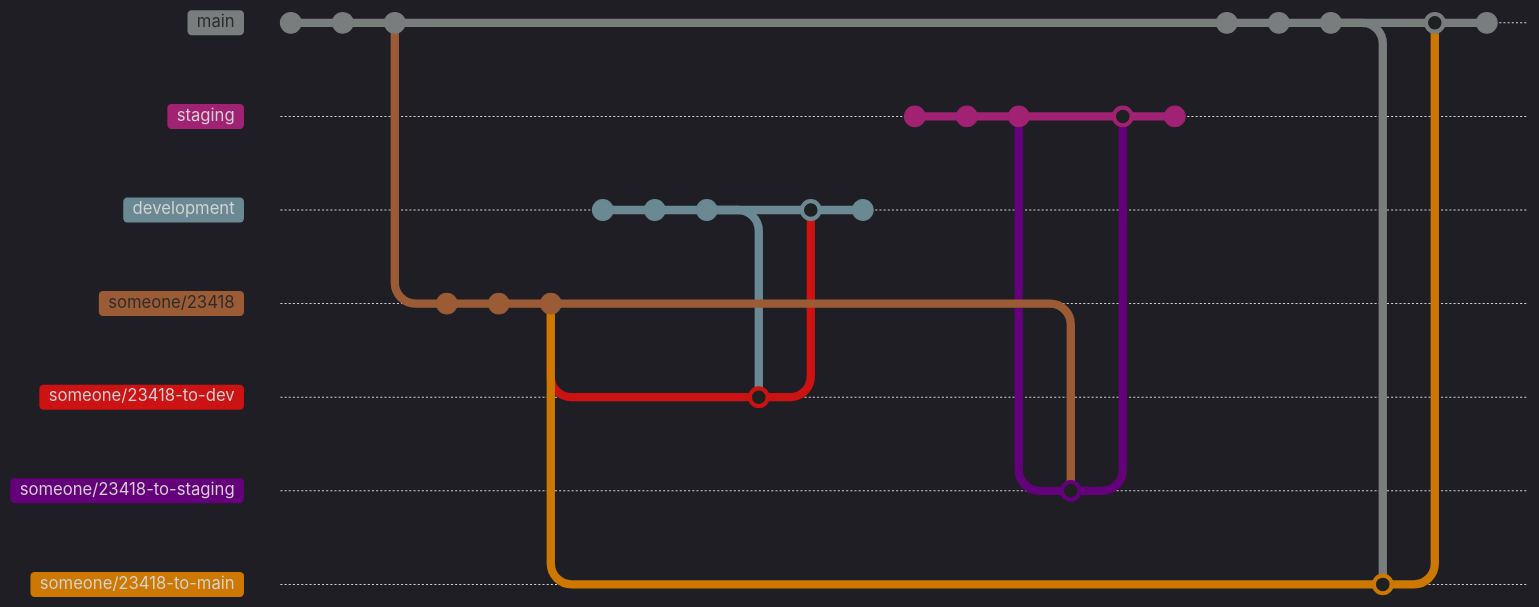
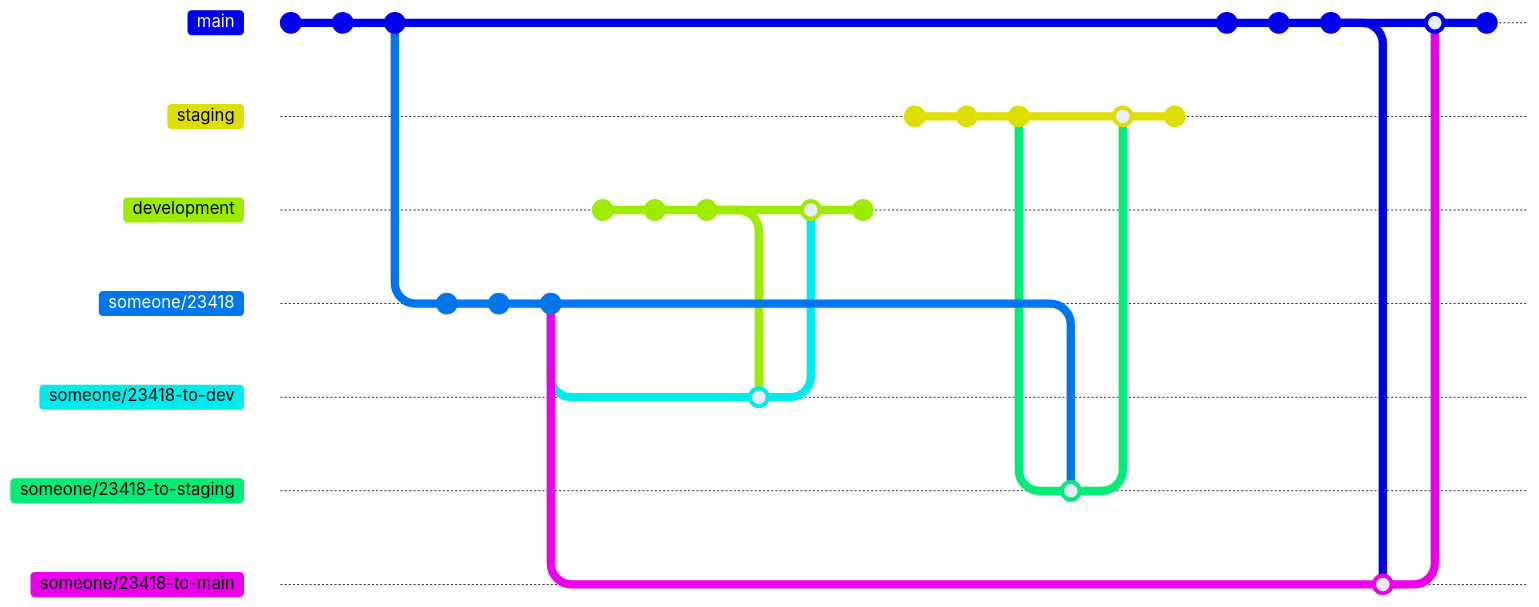
The first of 7 diagrams in README.md (RiaanAspeling/LoRa), drawn with Mermaid before and after one commit. Commit ids are hidden.

````diff
--- a/README.md
+++ b/README.md
@@ -32,46 +32,46 @@
 ```mermaid
-%%{init: { 'logLevel': 'debug', 'theme': 'dark', 
+%%{init: { 'logLevel': 'debug', 'theme': 'default', 
 'gitGraph': {'showCommitLabel': false}
 }}%%    
 gitGraph
     branch staging
     branch development
     checkout main
     commit
     commit
     commit
     branch someone/23418
     commit
     commit
     commit
     checkout development
     commit
     commit
     commit
     checkout someone/23418
     branch someone/23418-to-dev
     merge development
     checkout development
     merge someone/23418-to-dev
     commit
     checkout staging
     commit
     commit
     checkout staging
     commit
     branch someone/23418-to-staging
     merge someone/23418
     checkout staging
     merge someone/23418-to-staging
     commit
     checkout main
     commit
     commit
     commit
     checkout someone/23418
     branch someone/23418-to-main
     merge main
     checkout main
     merge someone/23418-to-main
     commit
 ```
````
